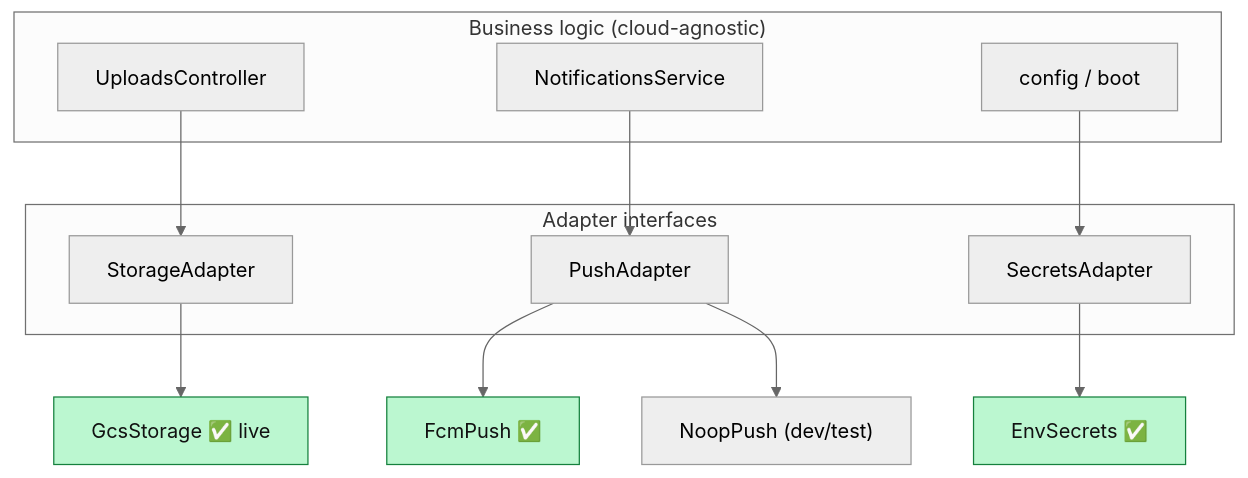
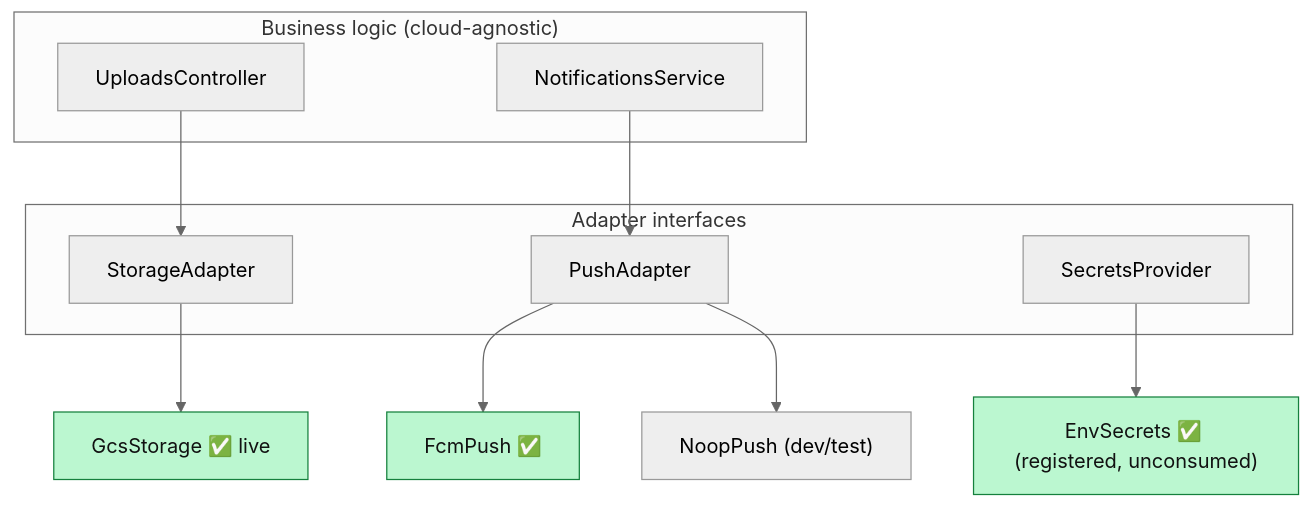
One commit to unnfazzed/Lynia changed diagram 13 of 16 in docs/ARCHITECTURE.md. Above: the diagram before and after it, drawn with Mermaid (neutral theme). The commit also changed other lines of this file and 7 other files, not shown here.

````diff
--- a/docs/ARCHITECTURE.md
+++ b/docs/ARCHITECTURE.md
@@ -839,26 +940,24 @@
 ```mermaid
 graph TB
     subgraph domain["Business logic (cloud-agnostic)"]
         up["UploadsController"]
         notif["NotificationsService"]
-        cfg["config / boot"]
     end
 
     subgraph seams["Adapter interfaces"]
         si["StorageAdapter"]
         pi["PushAdapter"]
-        sec["SecretsAdapter"]
+        sec["SecretsProvider"]
     end
 
     up --> si
     notif --> pi
-    cfg --> sec
 
     si --> gcs["GcsStorage ✅ live"]
     pi --> fcm["FcmPush ✅"]
     pi --> noop["NoopPush (dev/test)"]
-    sec --> envsec["EnvSecrets ✅"]
+    sec --> envsec["EnvSecrets ✅ (registered, unconsumed)"]
 
     classDef live fill:#bbf7d0,stroke:#15803d,color:#111;
     class gcs,fcm,envsec live;
 ```
````
